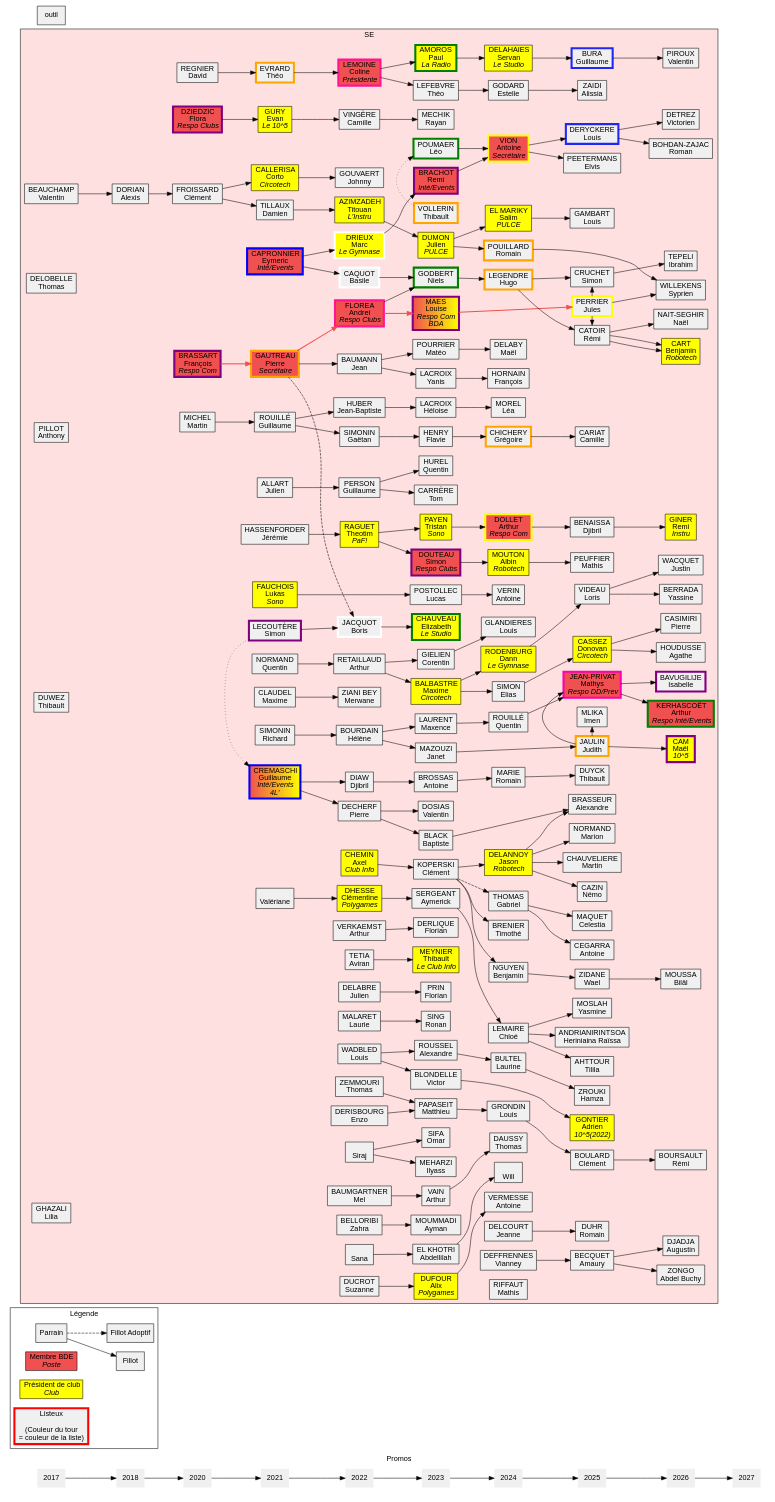
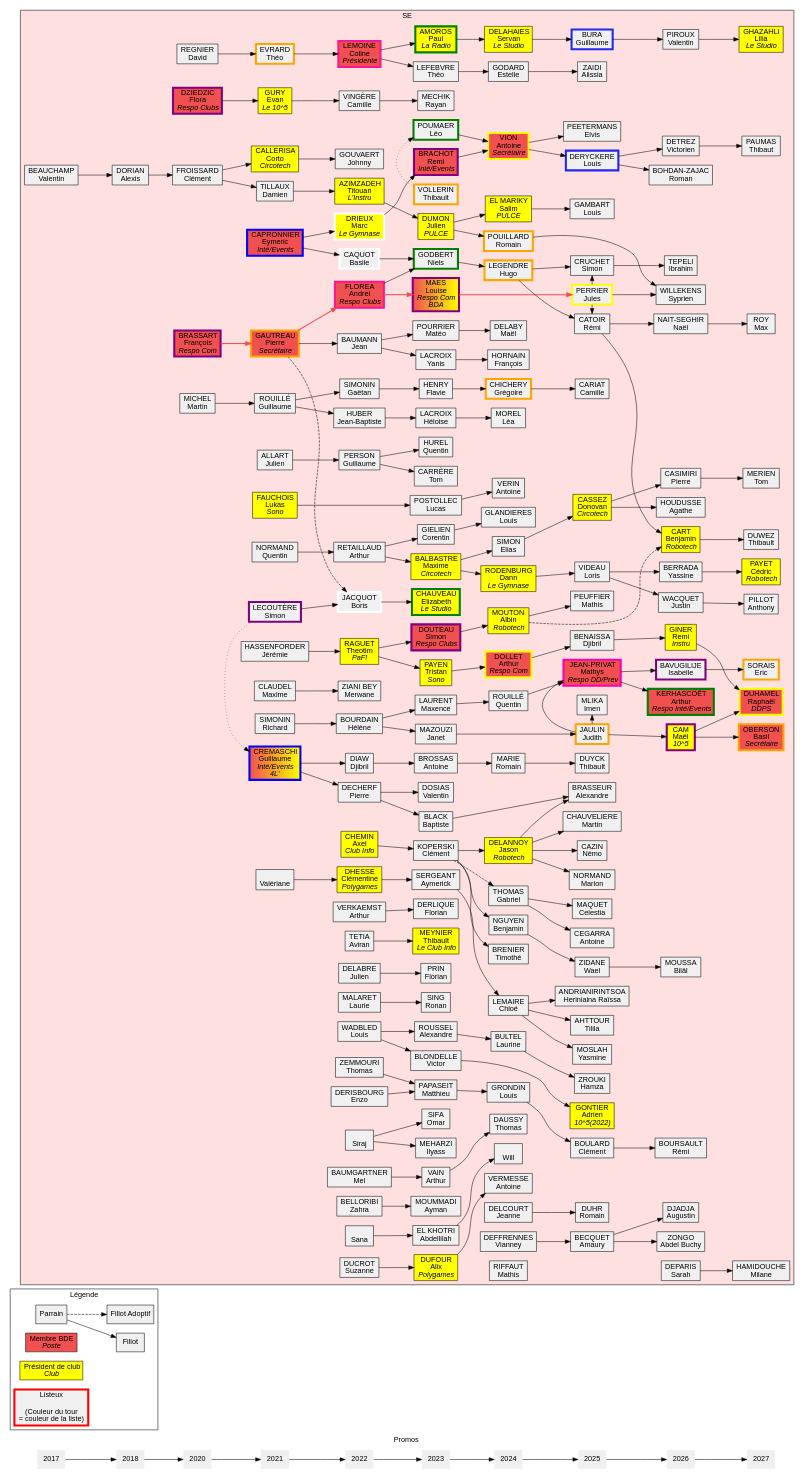
Before and after one commit to Scruchet/poly_gen: the diagram in se.dot, drawn with Graphviz. The commit also changed 1 other file, not shown here.

```diff
--- a/se.dot
+++ b/se.dot
@@ -398,6 +398,7 @@
 				rginer	   [label = <GINER<BR/>Remi<BR/><I>Instru</I>> fillcolor="yellow"];
 				bmoussa	   [label = "MOUSSA\nBilâl"];
 				rboursault [label = "BOURSAULT\nRémi"];
+				sdeparis   [label = "DEPARIS\nSarah"];
 				mcam       [label =<CAM<BR/>Maël<BR/><I>10^5</I>> penwidth=4 color="purple" fillcolor="yellow"];
 				jwacquet   [label = "WACQUET\nJustin"];
 				yberrada   [label = "BERRADA\nYassine"];
@@ -409,9 +410,10 @@
 				adjadja    [label = "DJADJA\nAugustin"];
 				swillekens [label = "WILLEKENS\nSyprien"];
 				azongo	   [label = "ZONGO\nAbdel Buchy"];
-				bcart	   [label = <CART<BR/>Benjamin<BR/><I>Robotech</I>> fillcolor="yellow"];
+				bcart	   [label = <CART<BR/>Benjamin<BR/><I>Robotech</I>> fillcolor="yellow"];	
 				}
 				rcatoir->bcart ;
+				albinmout->bcart [style=dashed];
 				dcassez->pcasimiri;
 				dcassez->ahoudusse;
 				gbura->vpiroux;
@@ -431,16 +433,33 @@
 				abecquet->azongo;
 				julesperr->swillekens;
 				romainpou->swillekens;
+				
 
 	{rank = "same";
-				tdelobelle  [label = "DELOBELLE\nThomas"];
-				apillot [label = "PILLOT\nAnthony"];
-				tduwez	   [label = "DUWEZ\nThibault"];
-				lghazali	   [label = "GHAZALI\nLilia"];
-				
+				apillot 	[label = "PILLOT\nAnthony"];
+				tduwez	   	[label = "DUWEZ\nThibault"];
+				lghazali	[label = <GHAZAHLI<BR/>Lilia<BR/><I>Le Studio</I>> fillcolor="yellow"];
+				tmerien	   	[label = "MERIEN\nTom"];
+				rduhamel  	[label = <DUHAMEL<BR/>Raphaël<BR/><I>DDPS</I>> fillcolor="#f05050" penwidth=4 color="yellow"];
+				tpaumas	   	[label = "PAUMAS\nThibaut"];
+				mhamidouche	[label = "HAMIDOUCHE\nMilane"];
+				boberson  	[label = <OBERSON<BR/>Basil<BR/><I>Secrétaire</I>> fillcolor="#f05050" penwidth=4 color="Orange"];
+				mroy	   	[label = "ROY\nMax"];
+				esorais		[label = "SORAIS\nEric" penwidth=4 color="orange"];
+				cpayet	   [label = <PAYET<BR/>Cédric<BR/><I>Robotech</I>> fillcolor="yellow"];
 				}
-				rcatoir -> bcart ;
+				bcart->tduwez;
+				jwacquet->apillot;
+				vpiroux->lghazali;
+				pcasimiri->tmerien;
+				rginer->rduhamel;
+				mcam->rduhamel;
+				vdetrez->tpaumas;
+				sdeparis->mhamidouche;
+				mcam->boberson;
+				nnait->mroy;
+				bisabelle->esorais;
+				yberrada->cpayet;
 							
     }
-		outil
 }
```
